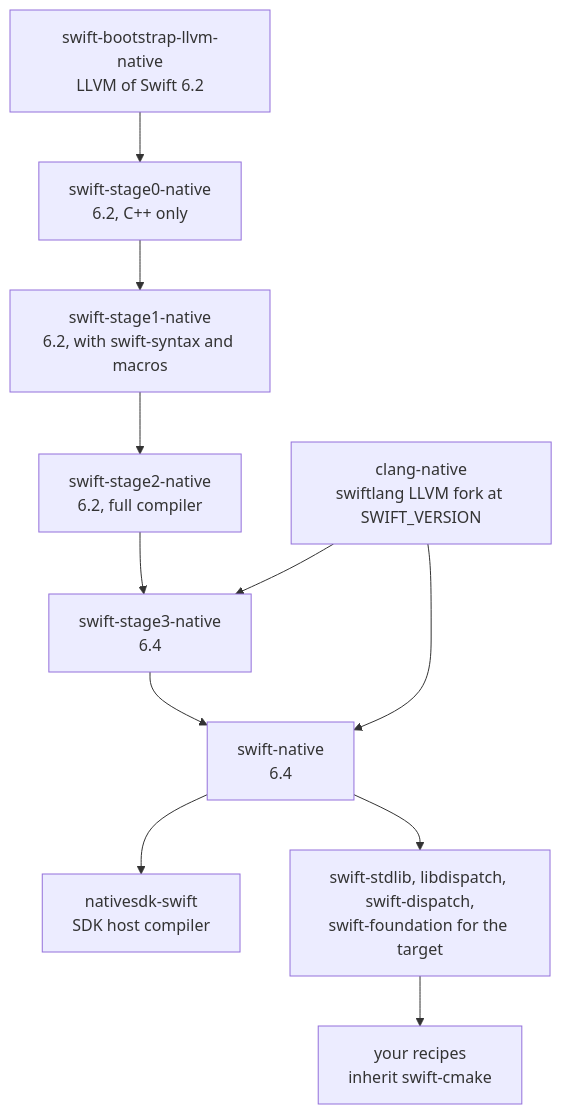
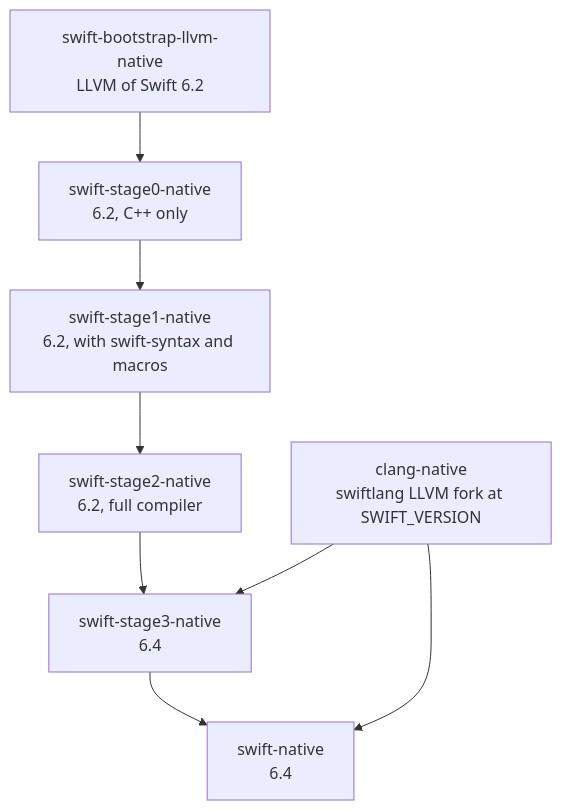
Before and after one commit to nikolaszimmermann/meta-swift: the second of 3 diagrams in README.md, drawn with Mermaid. The commit also changed other lines of this file, not shown here.

````diff
--- a/README.md
+++ b/README.md
@@ -16,19 +104,14 @@
 ```mermaid
 flowchart TD
     bllvm["swift-bootstrap-llvm-native<br/>LLVM of Swift 6.2"]
     s0["swift-stage0-native<br/>6.2, C++ only"]
     s1["swift-stage1-native<br/>6.2, with swift-syntax and macros"]
     s2["swift-stage2-native<br/>6.2, full compiler"]
     s3["swift-stage3-native<br/>6.4"]
     clang["clang-native<br/>swiftlang LLVM fork at SWIFT_VERSION"]
     swift["swift-native<br/>6.4"]
-    sdk["nativesdk-swift<br/>SDK host compiler"]
-    rt["swift-stdlib, libdispatch, swift-dispatch,<br/>swift-foundation for the target"]
-    app["your recipes<br/>inherit swift-cmake"]
 
     bllvm --> s0 --> s1 --> s2 --> s3 --> swift
     clang --> s3
     clang --> swift
-    swift --> sdk
-    swift --> rt --> app
 ```
````
